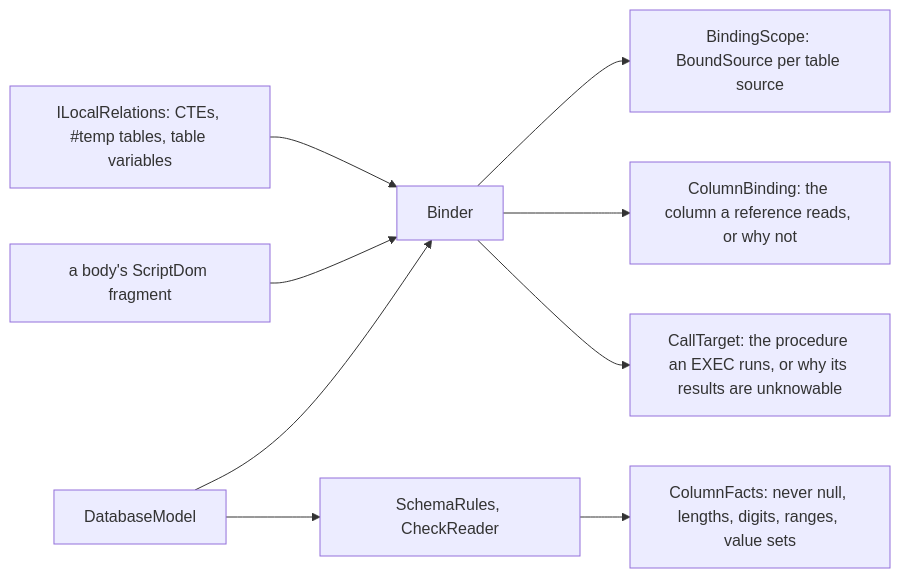
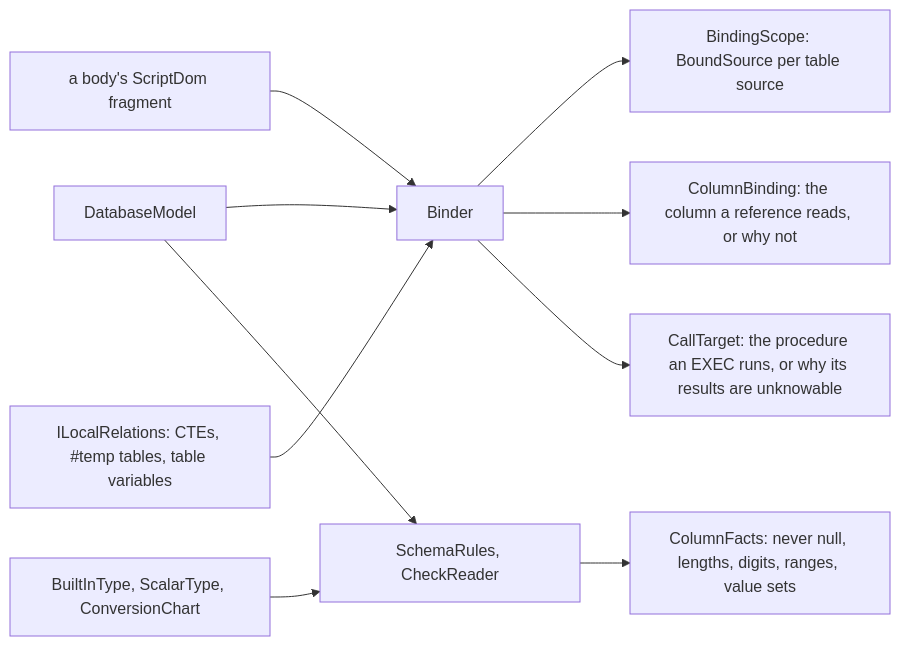
Before and after one commit to haruspex-tools/haruspex: the diagram in src/Haruspex.SqlServer.Semantics/README.md, drawn with Mermaid. The commit also changed other lines of this file and 7 other files, not shown here.

````diff
--- a/src/Haruspex.SqlServer.Semantics/README.md
+++ b/src/Haruspex.SqlServer.Semantics/README.md
@@ -12,11 +12,12 @@
 ```mermaid
 flowchart LR
     model["DatabaseModel"] --> binder["Binder"]
     body["a body's ScriptDom fragment"] --> binder
     locals["ILocalRelations: CTEs, #temp tables, table variables"] --> binder
     binder --> scope["BindingScope: BoundSource per table source"]
     binder --> column["ColumnBinding: the column a reference reads, or why not"]
     binder --> call["CallTarget: the procedure an EXEC runs, or why its results are unknowable"]
     model --> rules["SchemaRules, CheckReader"]
+    catalogue["BuiltInType, ScalarType, ConversionChart"] --> rules
     rules --> facts["ColumnFacts: never null, lengths, digits, ranges, value sets"]
 ```
````
